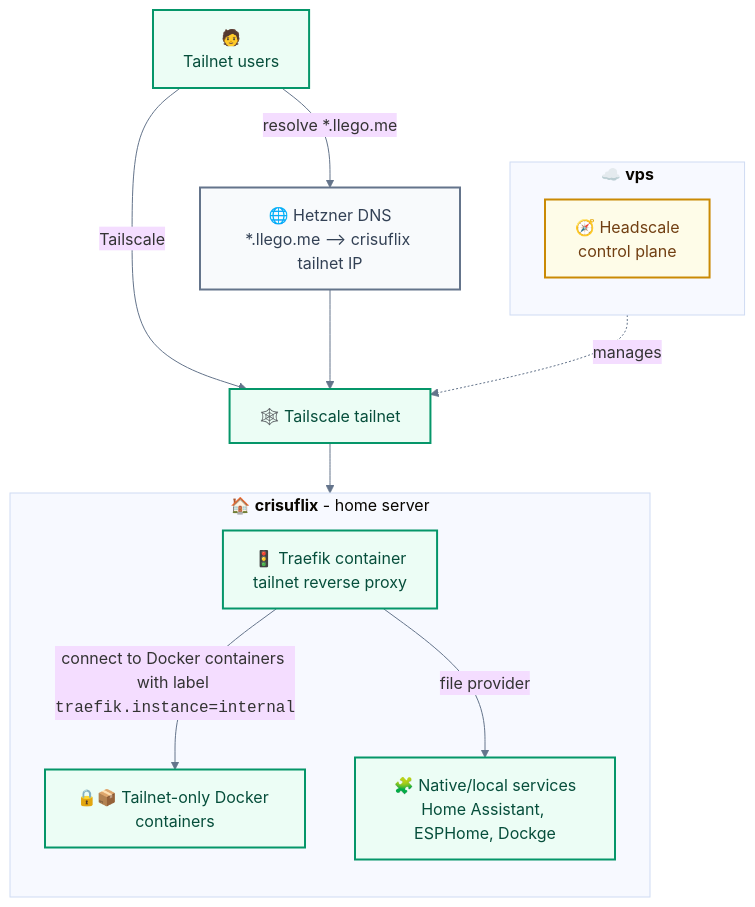
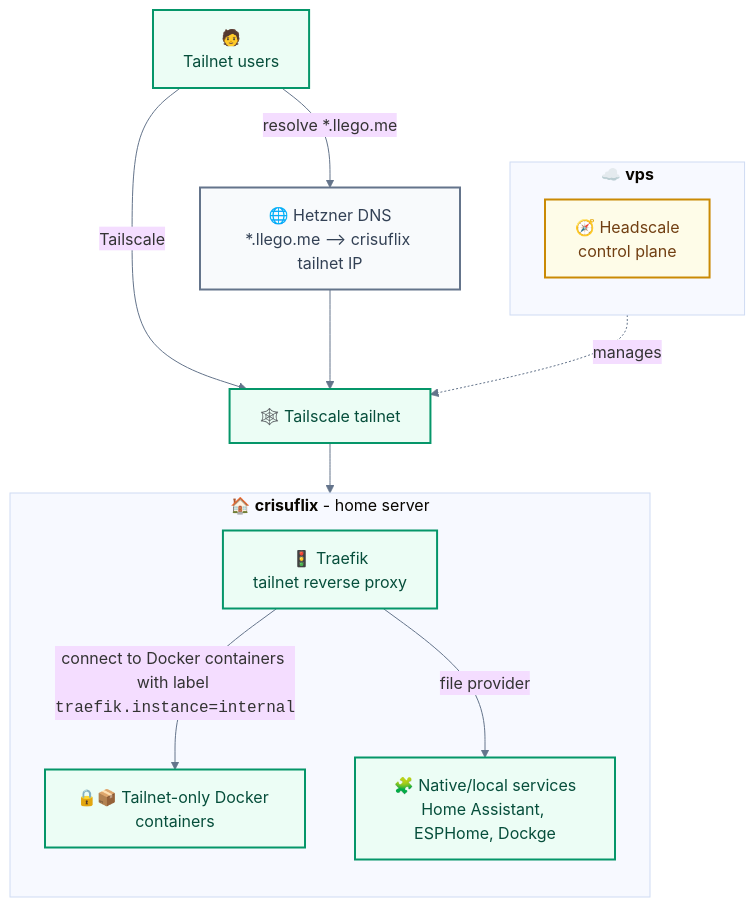
One commit to llego/nixconfig changed the second of 2 diagrams in README.md. Above: the diagram before and after it, drawn with Mermaid. The commit also changed other lines of this file, not shown here.

Commit message:
mermaid diagram tweaks

````diff
--- a/README.md
+++ b/README.md
@@ -57,31 +59,31 @@
 ```mermaid
 %%{init: {"theme": "base", "themeVariables": {"fontFamily": "ui-sans-serif, system-ui, sans-serif", "primaryBorderColor": "#64748b", "lineColor": "#64748b"}}}%%
 flowchart TB
   classDef tailnet fill:#ecfdf5,stroke:#059669,color:#064e3b,stroke-width:2px
   classDef dns fill:#f8fafc,stroke:#64748b,color:#334155,stroke-width:2px
   classDef control fill:#fefce8,stroke:#ca8a04,color:#713f12,stroke-width:2px
 
   subgraph TailnetVPS["☁️ <strong>vps</strong>"]
     direction TB
     Headscale["🧭 Headscale<br/>control plane"]
   end
 
   subgraph TailnetCrisuflix["🏠 <strong>crisuflix</strong> - home server"]
     direction TB
-    LocalTraefik["🚦 Traefik container<br/>tailnet reverse proxy"]
+    LocalTraefik["🚦 Traefik <br/> tailnet reverse proxy"]
     InternalContainers["🔒📦 Tailnet-only Docker containers"]
     InternalLocalServices["🧩 Native/local services<br/>Home Assistant, ESPHome, Dockge"]
   end
 
   TailnetUsers["🧑<br/>Tailnet users"] -->|resolve *.llego.me| HetznerDNS["🌐 Hetzner DNS<br/>*.llego.me --> crisuflix tailnet IP"]
   TailnetUsers -->|Tailscale| Tailnet["🕸️ Tailscale tailnet"]
   HetznerDNS --> Tailnet
   Headscale -. manages .-> Tailnet
   Tailnet --> LocalTraefik
   LocalTraefik -->|connect to Docker containers with label <code>traefik.instance=internal</code>| InternalContainers
   LocalTraefik -->|file provider| InternalLocalServices
 
   class TailnetUsers,Tailnet,LocalTraefik,InternalContainers,InternalLocalServices,TailnetDNS tailnet
   class HetznerDNS dns
   class Headscale control
 ```
````
